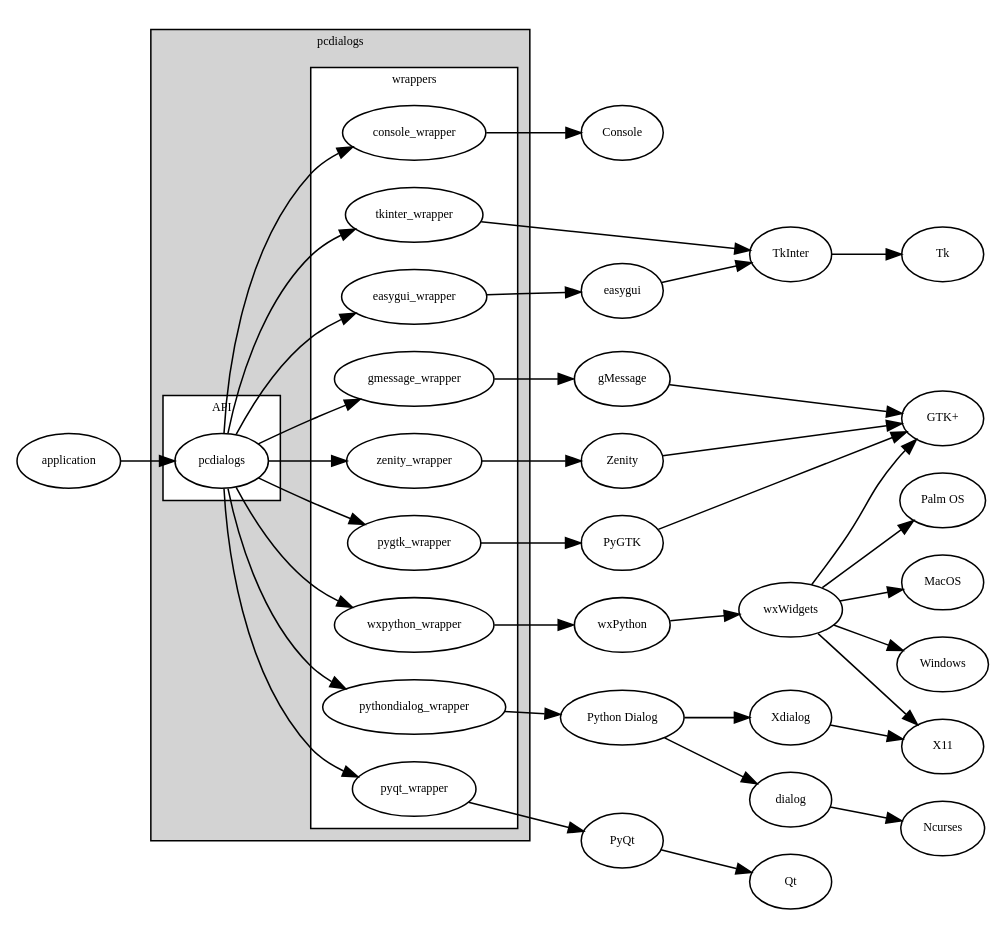
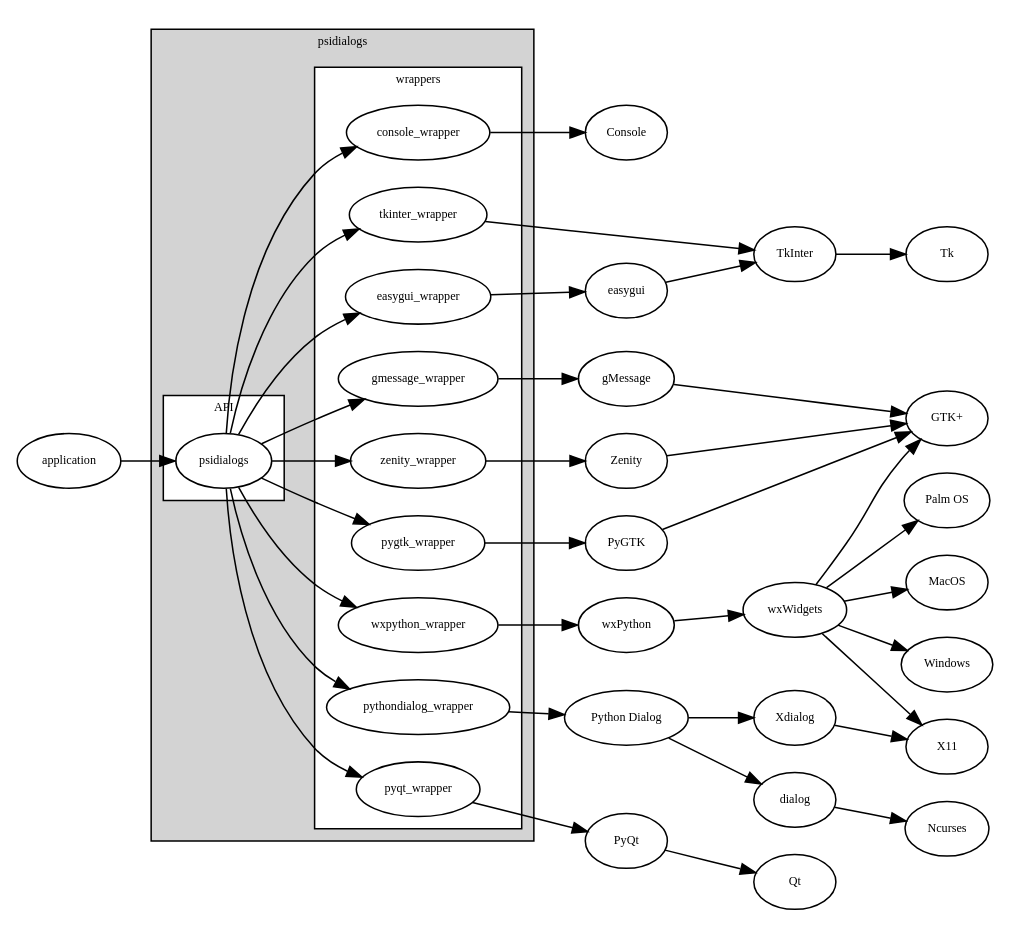
One commit to ponty/psidialogs changed the diagram in docs/struct.rst. Above: the diagram before and after it, drawn with Graphviz. The commit also changed other lines of this file and 84 other files, not shown here.

```diff
--- a/docs/struct.rst
+++ b/docs/struct.rst
@@ -4,55 +4,55 @@
 .. graphviz::
 
 	digraph G {
 	rankdir=LR;
 	node [fontsize=8];
 	fontsize=8;
 	
 	subgraph cluster_0 {
-		label = "pcdialogs";
+		label = "psidialogs";
 		style=filled;
 		fillcolor=lightgrey;
 		subgraph cluster_1 {
 			label = "API";
 			style=filled;
 			fillcolor=white;
 
-			pcdialogs;
+			psidialogs;
 		}
 		subgraph cluster_2 {
 			style=filled;
 			fillcolor=white;
 			label = "wrappers";
 
-			pcdialogs -> console_wrapper;
-			pcdialogs -> easygui_wrapper;
-			pcdialogs -> gmessage_wrapper;
-			pcdialogs -> pygtk_wrapper;
-			pcdialogs -> pyqt_wrapper;
-			pcdialogs -> pythondialog_wrapper;
-			pcdialogs -> tkinter_wrapper;
-			pcdialogs -> wxpython_wrapper;
-			pcdialogs -> zenity_wrapper;
+			psidialogs -> console_wrapper;
+			psidialogs -> easygui_wrapper;
+			psidialogs -> gmessage_wrapper;
+			psidialogs -> pygtk_wrapper;
+			psidialogs -> pyqt_wrapper;
+			psidialogs -> pythondialog_wrapper;
+			psidialogs -> tkinter_wrapper;
+			psidialogs -> wxpython_wrapper;
+			psidialogs -> zenity_wrapper;
 		}
 	}
 	console_wrapper -> Console;
 	easygui_wrapper -> easygui -> TkInter -> Tk;
 	gmessage_wrapper -> gMessage -> "GTK+";
 	pyqt_wrapper -> PyQt -> Qt;
 	pythondialog_wrapper -> "Python Dialog" -> Xdialog -> X11;
 	"Python Dialog"  -> dialog -> Ncurses;
 	tkinter_wrapper -> TkInter;
 	zenity_wrapper -> Zenity -> "GTK+";
 	
 	pygtk_wrapper -> PyGTK -> "GTK+";
 	wxpython_wrapper -> wxPython -> wxWidgets;
 	wxWidgets -> "GTK+";
 	wxWidgets -> MacOS;
 	wxWidgets -> Windows;
 	wxWidgets -> "Palm OS";
 	wxWidgets -> X11;
 	
-	application -> pcdialogs;
+	application -> psidialogs;
 	
 
 	}
```
